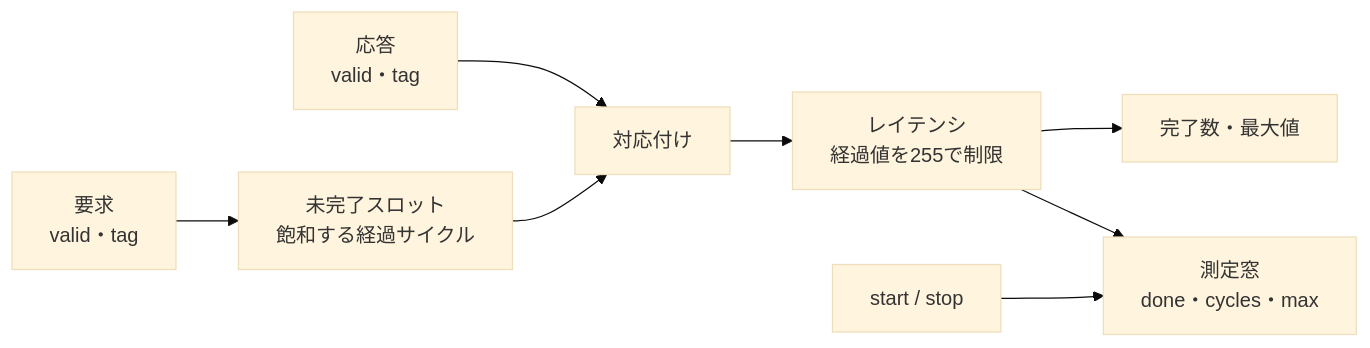
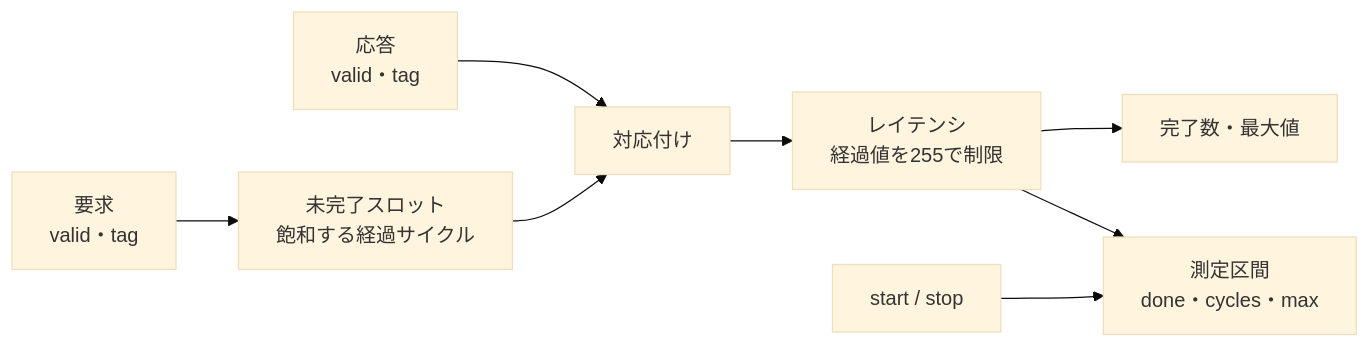
One commit to kurochan001/lsi-verification-method changed the first of 2 diagrams in examples/local-performance-monitor/README.md. Above: the diagram before and after it, drawn with Mermaid (base theme). The commit also changed other lines of this file and 91 other files, not shown here.

````diff
--- a/examples/local-performance-monitor/README.md
+++ b/examples/local-performance-monitor/README.md
@@ -7,12 +7,12 @@
 ```mermaid
 flowchart LR
   accTitle: 性能モニターの測定経路
   accDescr: 要求のタグと経過サイクルを保持し、応答のタグでレイテンシと完了数を更新する。
   Q["要求<br/>valid・tag"] --> O["未完了スロット<br/>飽和する経過サイクル"]
   R["応答<br/>valid・tag"] --> C["対応付け"]
   O --> C
   C --> L["レイテンシ<br/>経過値を255で制限"]
   L --> M["完了数・最大値"]
-  L --> W["測定窓<br/>done・cycles・max"]
+  L --> W["測定区間<br/>done・cycles・max"]
   S["start / stop"] --> W
 ```
````
